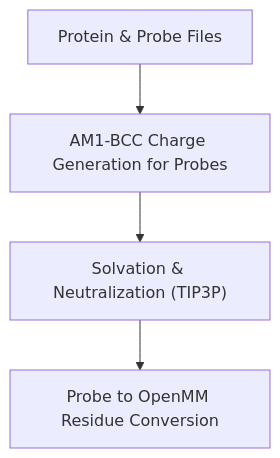
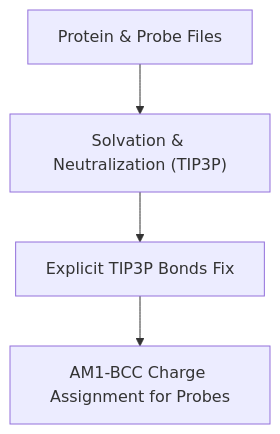
One commit to marcuswangweihow/FBDD changed the first of 4 diagrams in Frag_to_lead_4MZI/README.md. Above: the diagram before and after it, drawn with Mermaid. The commit also changed other lines of this file, not shown here.

````diff
--- a/Frag_to_lead_4MZI/README.md
+++ b/Frag_to_lead_4MZI/README.md
@@ -150,6 +152,6 @@
 ```mermaid
 flowchart TD
-    A["Protein & Probe Files"] --> B["AM1-BCC Charge Generation for Probes"] 
-    B --> C["Solvation & Neutralization (TIP3P)"]
-    C --> D["Probe to OpenMM Residue Conversion"]
+    A["Protein & Probe Files"] --> B["Solvation & Neutralization (TIP3P)"]
+    B --> C["Explicit TIP3P Bonds Fix"]
+    C --> D["AM1-BCC Charge Assignment for Probes"]
 ```
````
